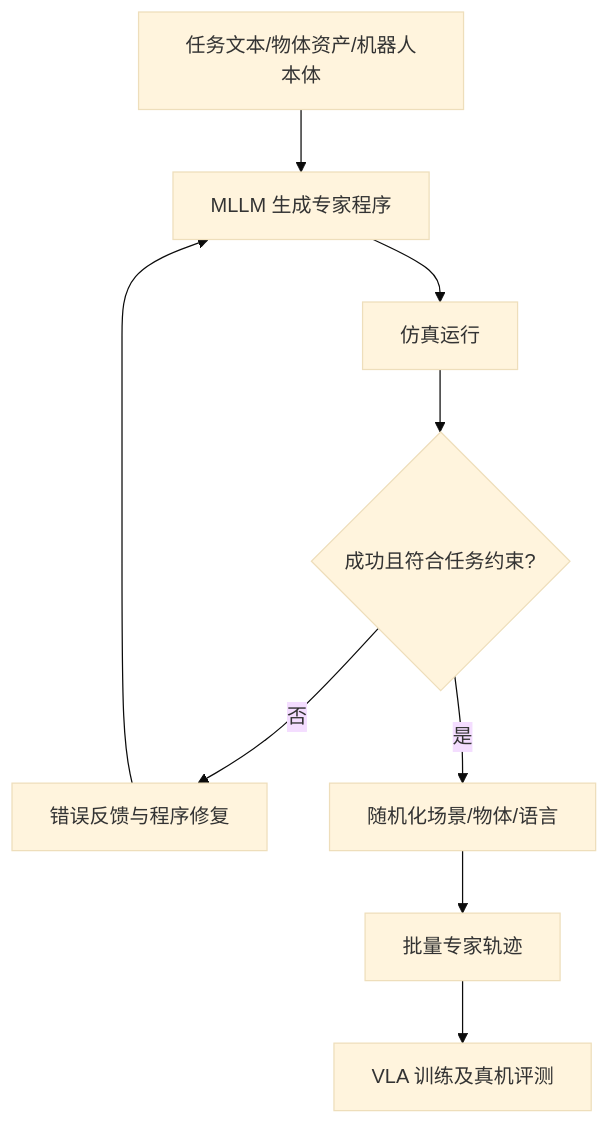
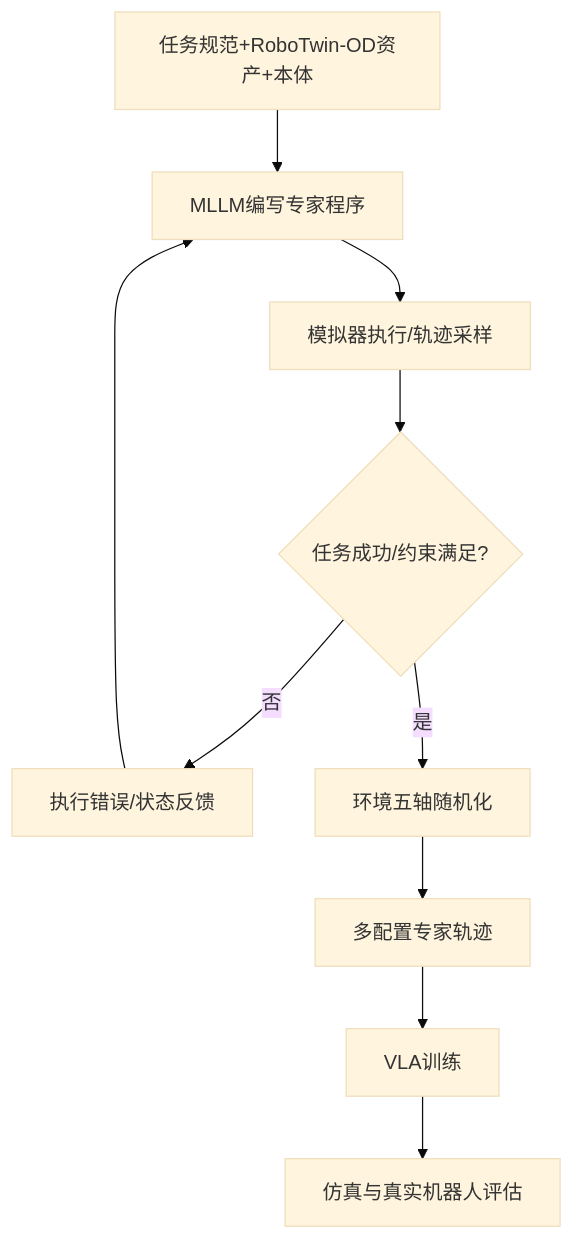
The eighth of 13 diagrams in docs/Sim2Real_前沿技术路线综述_2025-2026.md (AforestSong/Sim2Real-Frontier-Survey), drawn with Mermaid (base theme) before and after one commit. The commit also changed other lines of this file and 7 other files, not shown here.

````diff
--- a/docs/Sim2Real_前沿技术路线综述_2025-2026.md
+++ b/docs/Sim2Real_前沿技术路线综述_2025-2026.md
@@ -298,11 +464,12 @@
 ```mermaid
 flowchart TD
- A[任务文本/物体资产/机器人本体] --> B[MLLM 生成专家程序]
- B --> C[仿真运行]
- C --> D{成功且符合任务约束?}
- D -- 否 --> E[错误反馈与程序修复]
+ A[任务规范+RoboTwin-OD资产+本体] --> B[MLLM编写专家程序]
+ B --> C[模拟器执行/轨迹采样]
+ C --> D{任务成功/约束满足?}
+ D -- 否 --> E[执行错误/状态反馈]
  E --> B
- D -- 是 --> F[随机化场景/物体/语言]
- F --> G[批量专家轨迹]
- G --> H[VLA 训练及真机评测]
+ D -- 是 --> F[环境五轴随机化]
+ F --> G[多配置专家轨迹]
+ G --> H[VLA训练]
+ H --> I[仿真与真实机器人评估]
 ```
````
